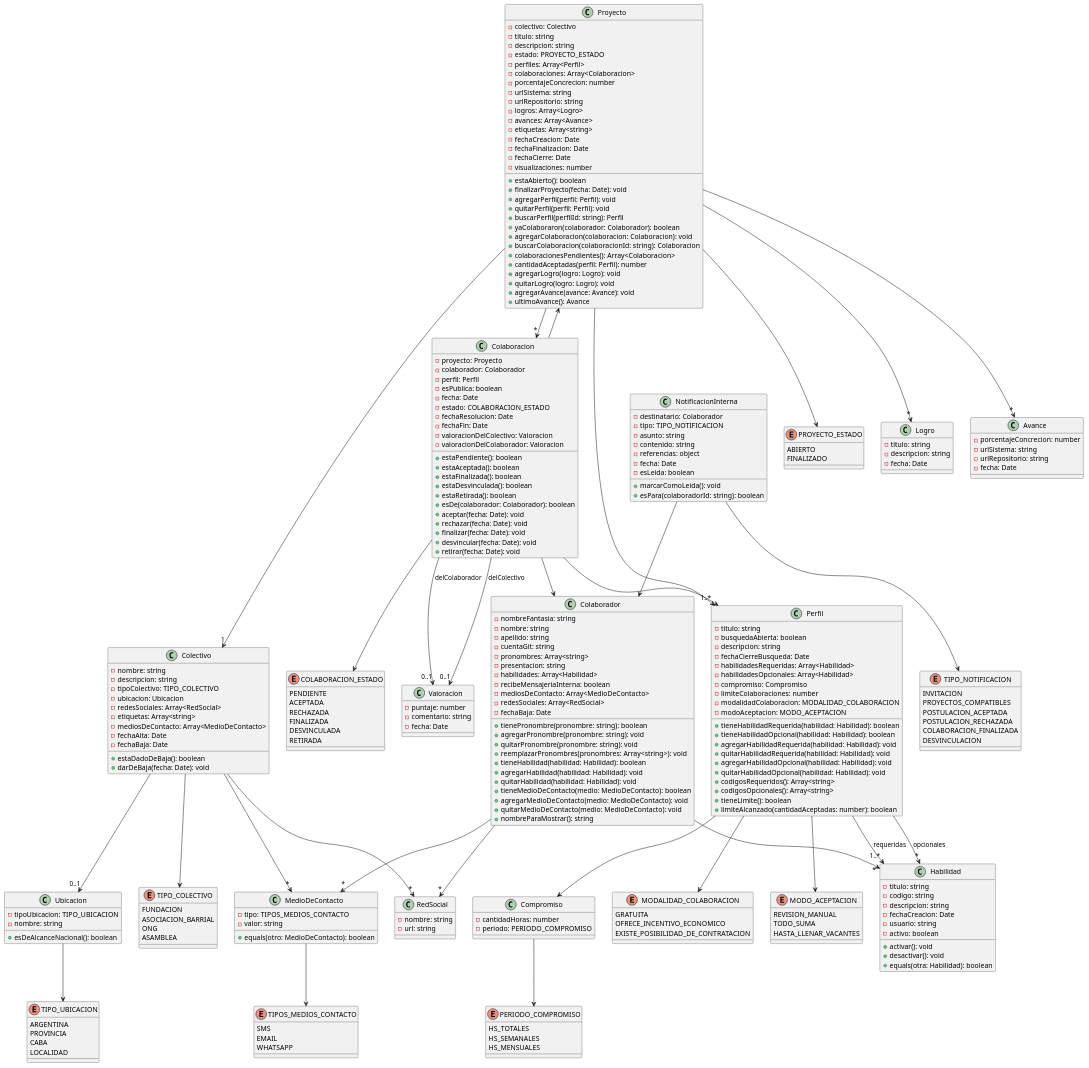
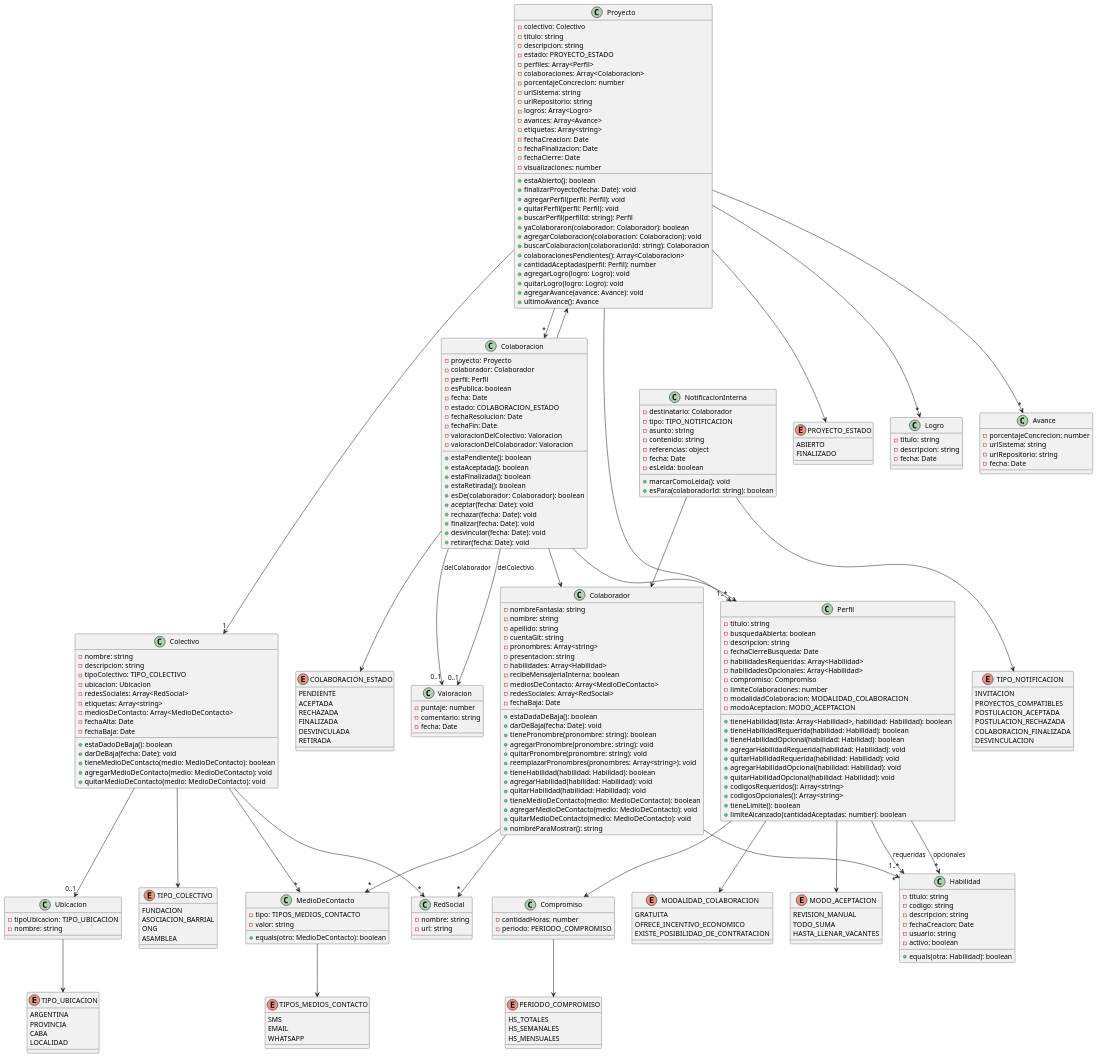
Before and after one commit to Mazzini123/tp-desarrollo-2c-2026: the diagram in diagrama_clases/diagrama_clases.puml, drawn with PlantUML. The commit also changed 163 other files, not shown here.

```diff
--- a/diagrama_clases/diagrama_clases.puml
+++ b/diagrama_clases/diagrama_clases.puml
@@ -15,6 +15,9 @@
 
   +estaDadoDeBaja(): boolean
   +darDeBaja(fecha: Date): void
+  +tieneMedioDeContacto(medio: MedioDeContacto): boolean
+  +agregarMedioDeContacto(medio: MedioDeContacto): void
+  +quitarMedioDeContacto(medio: MedioDeContacto): void
 }
 
 enum TIPO_COLECTIVO {
@@ -28,7 +31,6 @@
   -tipoUbicacion: TIPO_UBICACION
   -nombre: string
 
-  +esDeAlcanceNacional(): boolean
 }
 
 enum TIPO_UBICACION {
@@ -124,6 +126,7 @@
   -modalidadColaboracion: MODALIDAD_COLABORACION
   -modoAceptacion: MODO_ACEPTACION
 
+  +tieneHabilidad(lista: Array<Habilidad>, habilidad: Habilidad): boolean
   +tieneHabilidadRequerida(habilidad: Habilidad): boolean
   +tieneHabilidadOpcional(habilidad: Habilidad): boolean
   +agregarHabilidadRequerida(habilidad: Habilidad): void
@@ -167,8 +170,6 @@
   -usuario: string
   -activo: boolean
 
-  +activar(): void
-  +desactivar(): void
   +equals(otra: Habilidad): boolean
 }
 
@@ -196,7 +197,6 @@
   +estaPendiente(): boolean
   +estaAceptada(): boolean
   +estaFinalizada(): boolean
-  +estaDesvinculada(): boolean
   +estaRetirada(): boolean
   +esDe(colaborador: Colaborador): boolean
   +aceptar(fecha: Date): void
@@ -243,6 +243,8 @@
   -redesSociales: Array<RedSocial>
   -fechaBaja: Date
 
+  +estaDadaDeBaja(): boolean
+  +darDeBaja(fecha: Date): void
   +tienePronombre(pronombre: string): boolean
   +agregarPronombre(pronombre: string): void
   +quitarPronombre(pronombre: string): void
```
